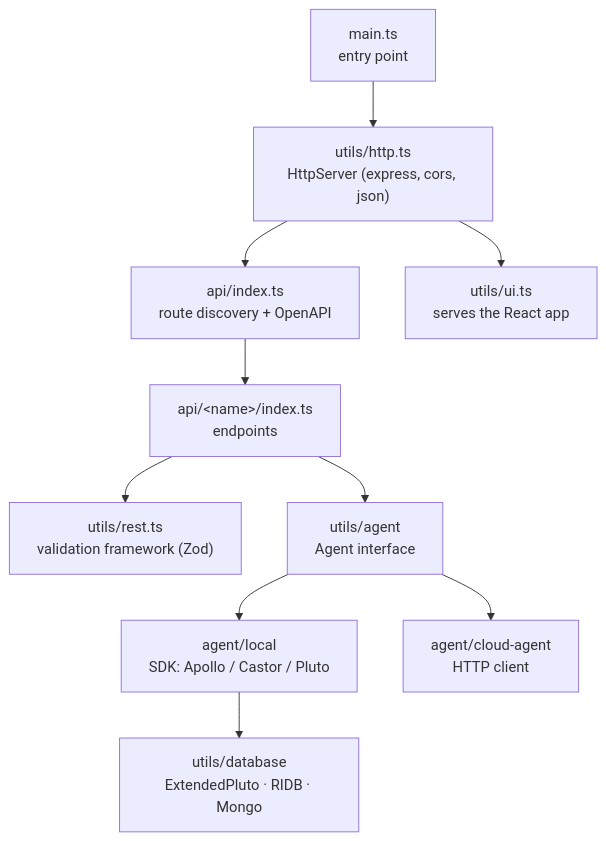
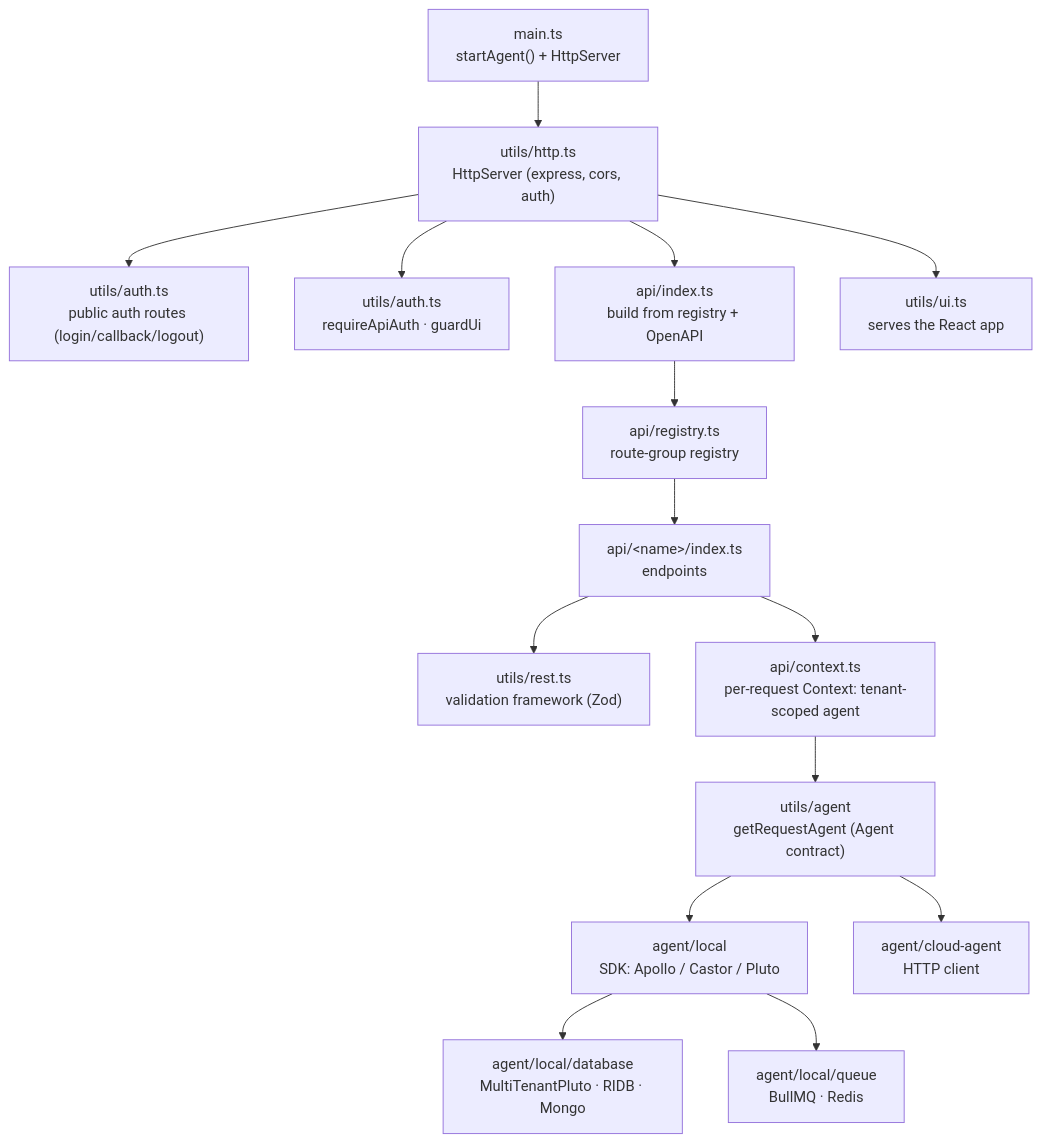
Before and after one commit to hyperledger-identus/identity-portal: the second of 4 diagrams in docs/architecture.md, drawn with Mermaid. The commit also changed other lines of this file and 5 other files, not shown here.

First line of the commit message:
docs: refresh architecture and local-development for multi-tenancy, auth, and Phase 2

````diff
--- a/docs/architecture.md
+++ b/docs/architecture.md
@@ -51,12 +67,17 @@
 ```mermaid
 flowchart TD
-  main["main.ts<br/>entry point"] --> http["utils/http.ts<br/>HttpServer (express, cors, json)"]
-  http --> apirouter["api/index.ts<br/>route discovery + OpenAPI"]
+  main["main.ts<br/>startAgent() + HttpServer"] --> http["utils/http.ts<br/>HttpServer (express, cors, auth)"]
+  http --> pub["utils/auth.ts<br/>public auth routes (login/callback/logout)"]
+  http --> guard["utils/auth.ts<br/>requireApiAuth · guardUi"]
+  http --> apirouter["api/index.ts<br/>build from registry + OpenAPI"]
   http --> uirouter["utils/ui.ts<br/>serves the React app"]
-  apirouter --> routes["api/&lt;name&gt;/index.ts<br/>endpoints"]
+  apirouter --> registry["api/registry.ts<br/>route-group registry"]
+  registry --> routes["api/&lt;name&gt;/index.ts<br/>endpoints"]
   routes --> rest["utils/rest.ts<br/>validation framework (Zod)"]
-  routes --> agent["utils/agent<br/>Agent interface"]
+  routes --> ctx["api/context.ts<br/>per-request Context: tenant-scoped agent"]
+  ctx --> agent["utils/agent<br/>getRequestAgent (Agent contract)"]
   agent --> local["agent/local<br/>SDK: Apollo / Castor / Pluto"]
   agent --> cloud["agent/cloud-agent<br/>HTTP client"]
-  local --> db["utils/database<br/>ExtendedPluto · RIDB · Mongo"]
+  local --> db["agent/local/database<br/>MultiTenantPluto · RIDB · Mongo"]
+  local --> queue["agent/local/queue<br/>BullMQ · Redis"]
 ```
````
